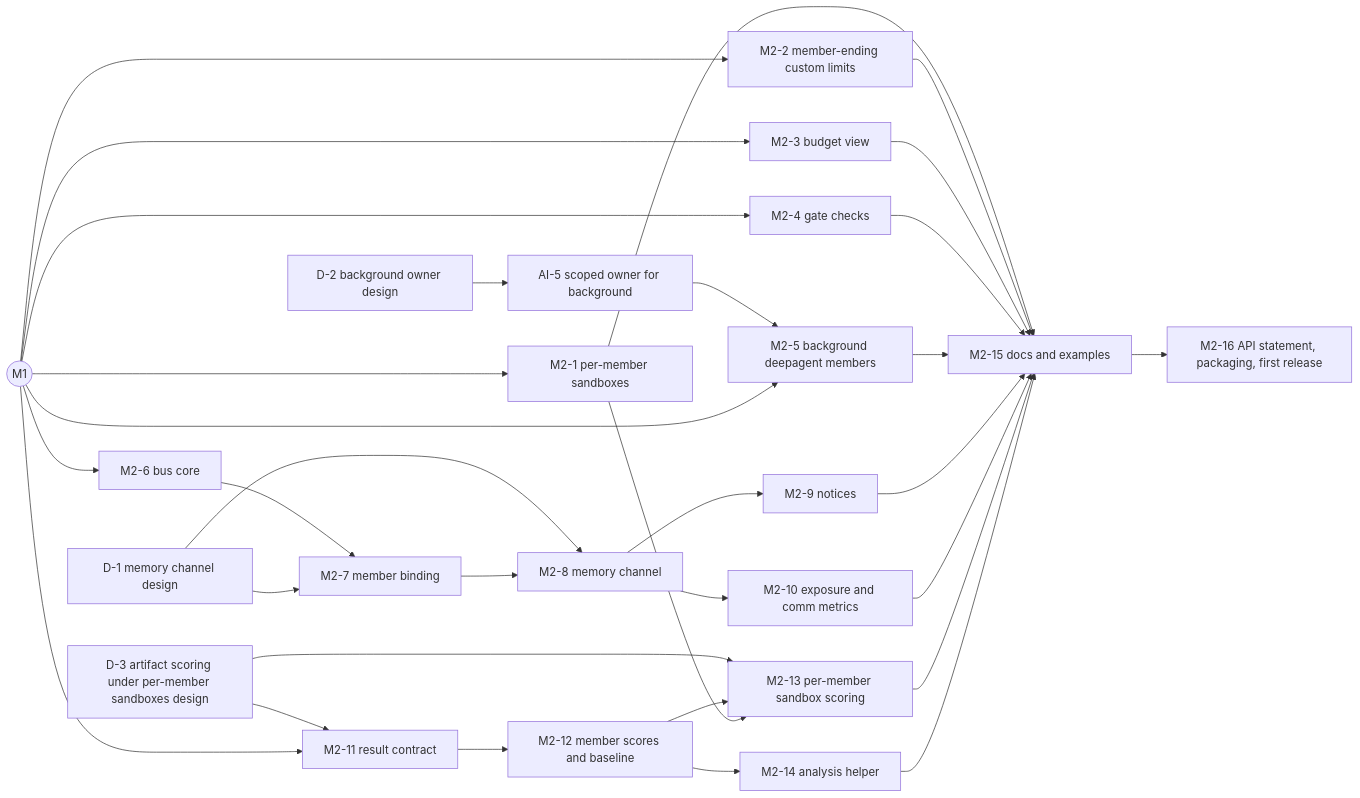
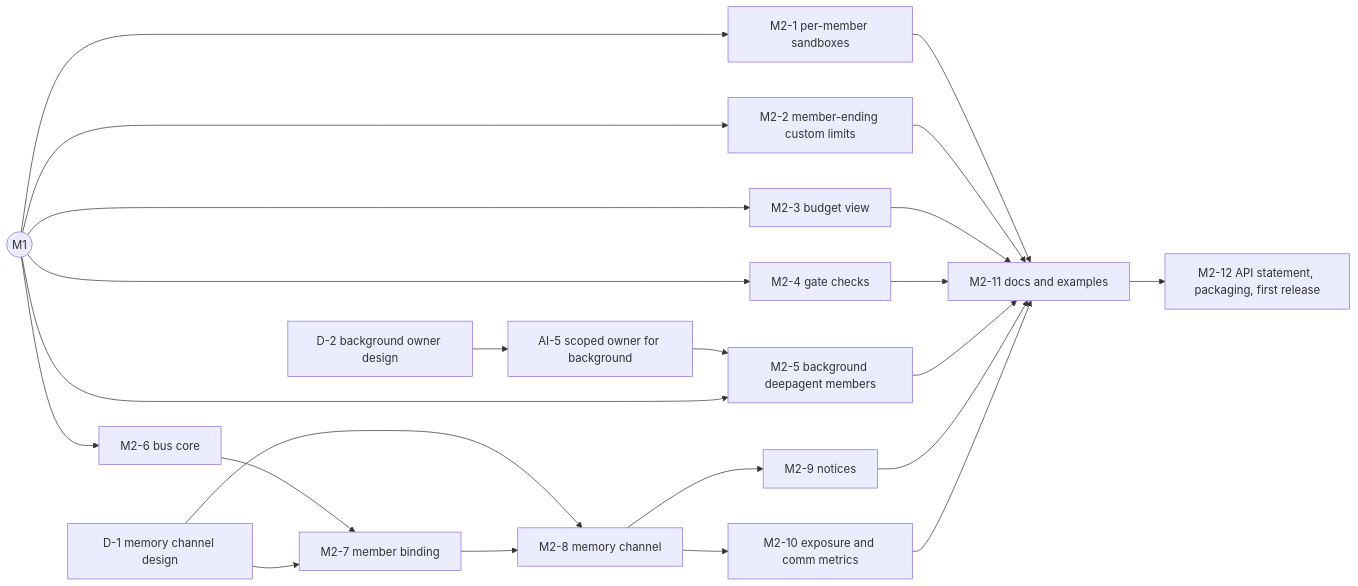
One commit to meridianlabs-ai/inspect_swarm changed the second of 2 diagrams in design/swarm-implementation-plan.md. Above: the diagram before and after it, drawn with Mermaid. The commit also changed other lines of this file and 3 other files, not shown here.

````diff
--- a/design/swarm-implementation-plan.md
+++ b/design/swarm-implementation-plan.md
@@ -262,26 +270,19 @@
 ```mermaid
 flowchart LR
   M1((M1)) --> M2_1[M2-1 per-member sandboxes]
   M1 --> M2_2[M2-2 member-ending custom limits]
   M1 --> M2_3[M2-3 budget view]
   M1 --> M2_4[M2-4 gate checks]
   D2[D-2 background owner design] --> AI5[AI-5 scoped owner for background]
   AI5 --> M2_5[M2-5 background deepagent members]
   M1 --> M2_5
   M1 --> M2_6[M2-6 bus core]
   M2_6 --> M2_7[M2-7 member binding]
   D1[D-1 memory channel design] --> M2_7
   D1 --> M2_8
   M2_7 --> M2_8[M2-8 memory channel]
   M2_8 --> M2_9[M2-9 notices]
   M2_8 --> M2_10[M2-10 exposure and comm metrics]
-  D3[D-3 artifact scoring under per-member sandboxes design] --> M2_11
-  M1 --> M2_11[M2-11 result contract]
-  D3 --> M2_13
-  M2_11 --> M2_12[M2-12 member scores and baseline]
-  M2_12 --> M2_13[M2-13 per-member sandbox scoring]
-  M2_1 --> M2_13
-  M2_12 --> M2_14[M2-14 analysis helper]
-  M2_1 & M2_2 & M2_3 & M2_4 & M2_5 & M2_9 & M2_10 & M2_13 & M2_14 --> M2_15[M2-15 docs and examples]
-  M2_15 --> M2_16[M2-16 API statement, packaging, first release]
+  M2_1 & M2_2 & M2_3 & M2_4 & M2_5 & M2_9 & M2_10 --> M2_11[M2-11 docs and examples]
+  M2_11 --> M2_12[M2-12 API statement, packaging, first release]
 ```
````
